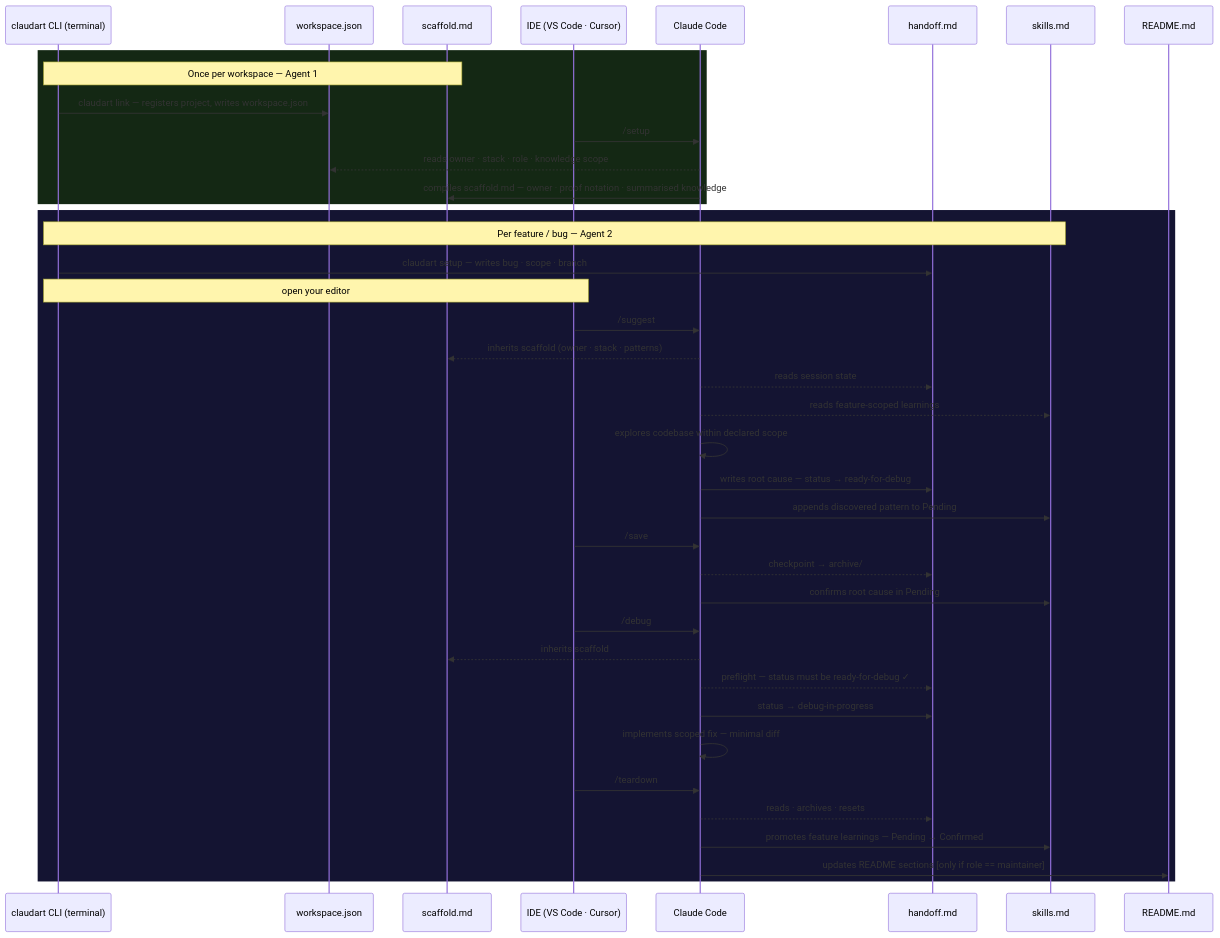
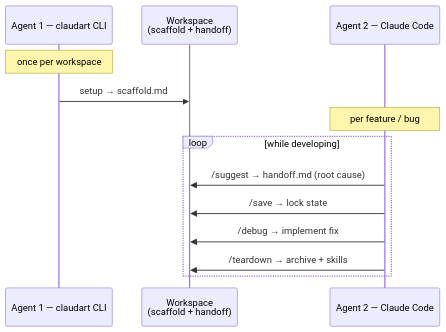
The first of 5 diagrams in README.md (liitx/claudart), drawn with Mermaid before and after one commit. The commit also changed other lines of this file and 2 other files, not shown here.

Commit message:
docs: rewrite README — single-page, diagram + proof heavy, Phase 5 deferred to PLAN (#12)

````diff
--- a/README.md
+++ b/README.md
@@ -62,48 +31,15 @@
 ```mermaid
 sequenceDiagram
-    participant T  as claudart CLI (terminal)
-    participant W  as workspace.json
-    participant SF as scaffold.md
-    participant IDE as IDE (VS Code · Cursor)
-    participant C  as Claude Code
-    participant H  as handoff.md
-    participant S  as skills.md
-    participant R  as README.md
-
-    rect rgb(20, 40, 20)
-        Note over T,SF: Once per workspace — Agent 1
-        T->>W: claudart link — registers project, writes workspace.json
-        IDE->>C: /setup
-        C-->>W: reads owner · stack · role · knowledge scope
-        C->>SF: compiles scaffold.md — owner · proof notation · summarised knowledge
-    end
-
-    rect rgb(20, 20, 50)
-        Note over T,S: Per feature / bug — Agent 2
-        T->>H: claudart setup — writes bug · scope · branch
-        Note over T,IDE: open your editor
-
-        IDE->>C: /suggest
-        C-->>SF: inherits scaffold (owner · stack · patterns)
-        C-->>H: reads session state
-        C-->>S: reads feature-scoped learnings
-        C->>C: explores codebase within declared scope
-        C->>H: writes root cause — status → ready-for-debug
-        C->>S: appends discovered pattern to Pending
-
-        IDE->>C: /save
-        C-->>H: checkpoint → archive/
-        C->>S: confirms root cause in Pending
-
-        IDE->>C: /debug
-        C-->>SF: inherits scaffold
-        C-->>H: preflight — status must be ready-for-debug ✓
-        C->>H: status → debug-in-progress
-        C->>C: implements scoped fix — minimal diff
-
-        IDE->>C: /teardown
-        C-->>H: reads · archives · resets
-        C->>S: promotes feature learnings — Pending → Confirmed
-        C->>R: updates README sections [only if role == maintainer]
-    end
+  participant A1 as Agent 1 — claudart CLI
+  participant W as Workspace<br/>(scaffold + handoff)
+  participant A2 as Agent 2 — Claude Code
+  Note over A1: once per workspace
+  A1->>W: setup → scaffold.md
+  Note over A2: per feature / bug
+  loop while developing
+    A2->>W: /suggest → handoff.md (root cause)
+    A2->>W: /save → lock state
+    A2->>W: /debug → implement fix
+    A2->>W: /teardown → archive + skills
+  end
 ```
````
